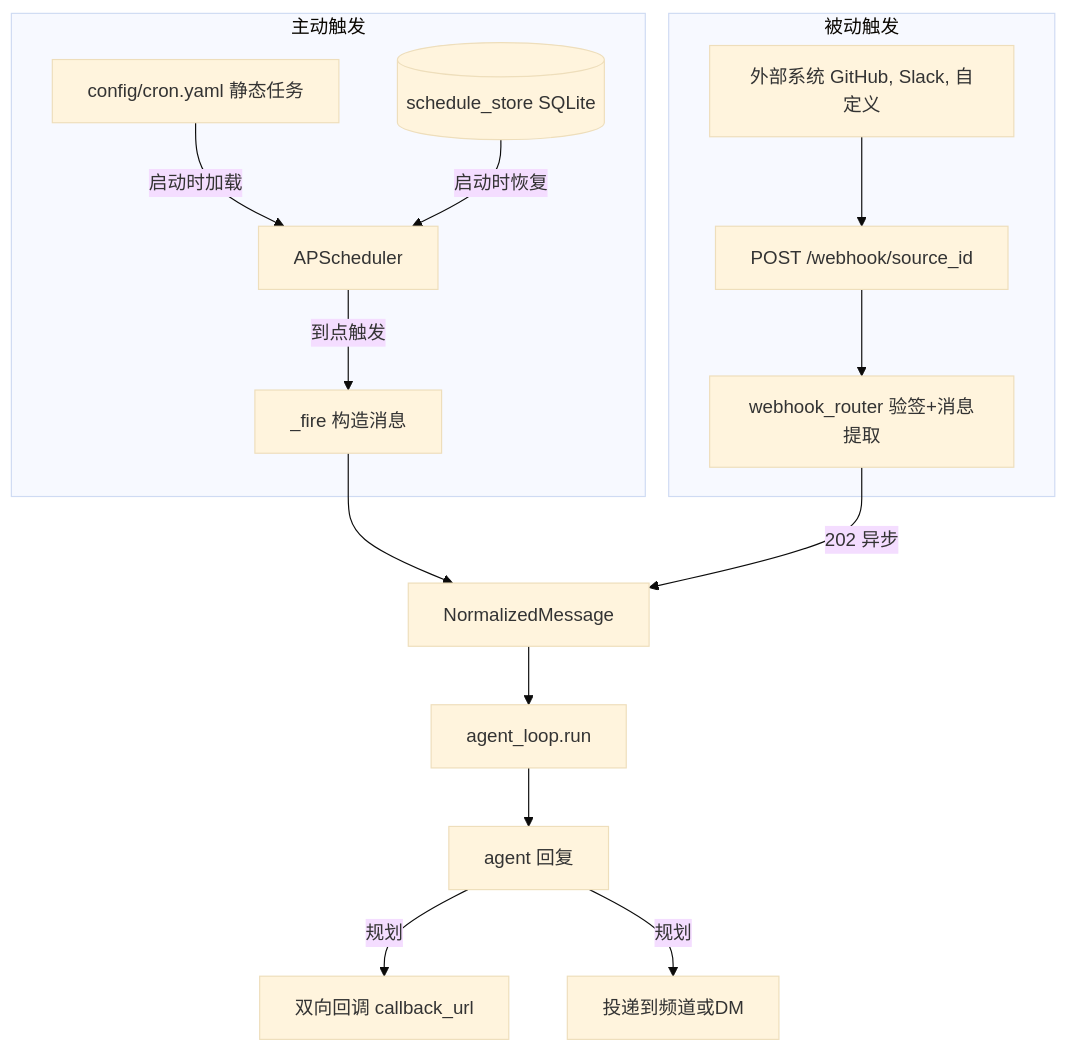
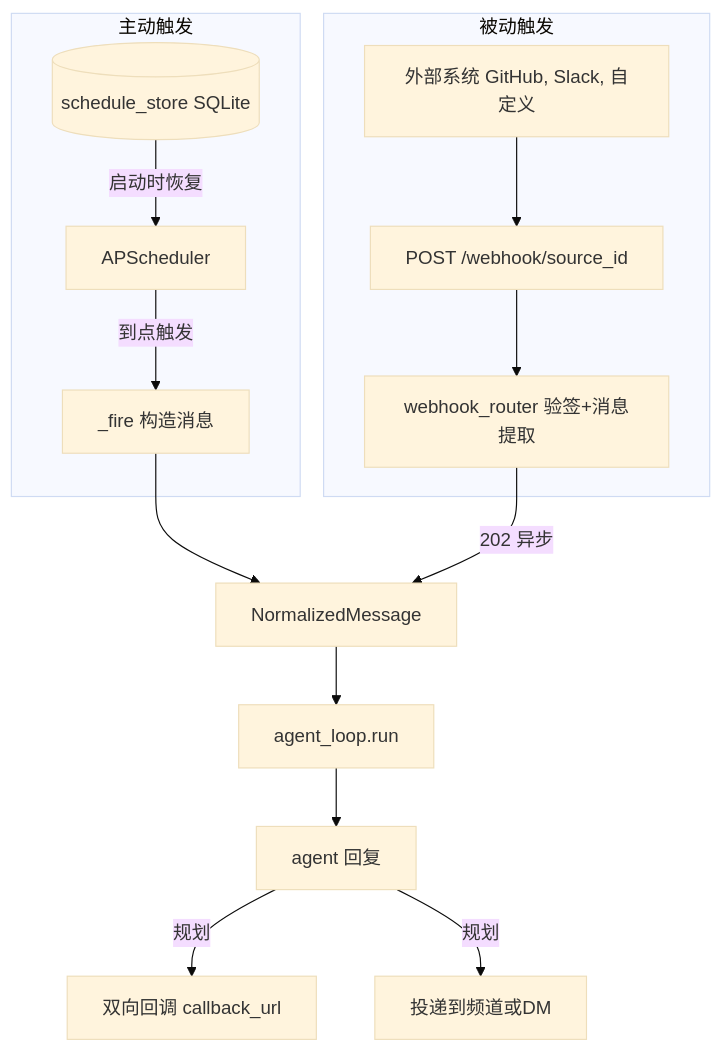
The first of 3 diagrams in docs/capabilities/scheduling.md (Summy2104/fleetent), drawn with Mermaid (base theme) before and after one commit. The commit also changed other lines of this file and 18 other files, not shown here.

````diff
--- a/docs/capabilities/scheduling.md
+++ b/docs/capabilities/scheduling.md
@@ -21,29 +21,27 @@
 ```mermaid
 flowchart TD
     FIRE["_fire 构造消息"]
     WR["webhook_router 验签+消息提取"]
     NM[NormalizedMessage]
     AL["agent_loop.run"]
 
     subgraph active["主动触发"]
-        CY["config/cron.yaml 静态任务"]
         DB[("schedule_store SQLite")]
         AP[APScheduler]
-        CY -->|"启动时加载"| AP
         DB -->|"启动时恢复"| AP
         AP -->|"到点触发"| FIRE
     end
 
     subgraph passive["被动触发"]
         EXT["外部系统 GitHub, Slack, 自定义"]
         WH["POST /webhook/source_id"]
         EXT --> WH --> WR
     end
 
     FIRE --> NM
     WR -->|"202 异步"| NM
     NM --> AL
     AL --> REPLY["agent 回复"]
     REPLY -->|"规划"| CB["双向回调 callback_url"]
     REPLY -->|"规划"| CH["投递到频道或DM"]
 ```
````
